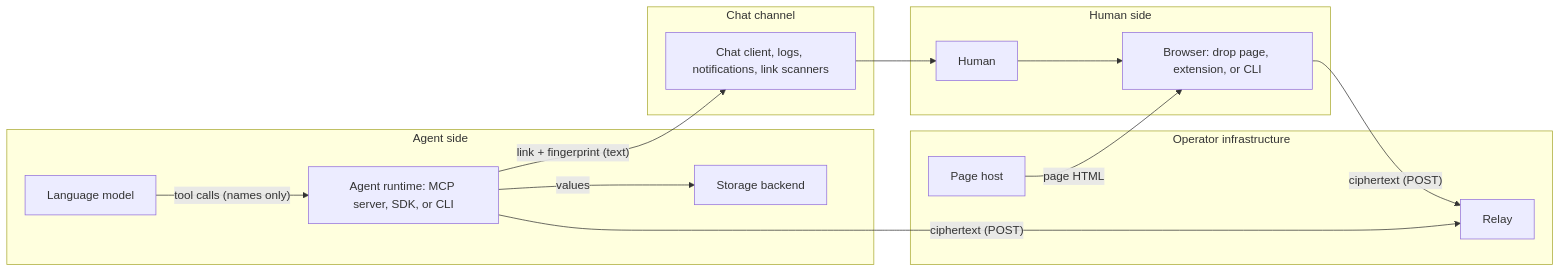
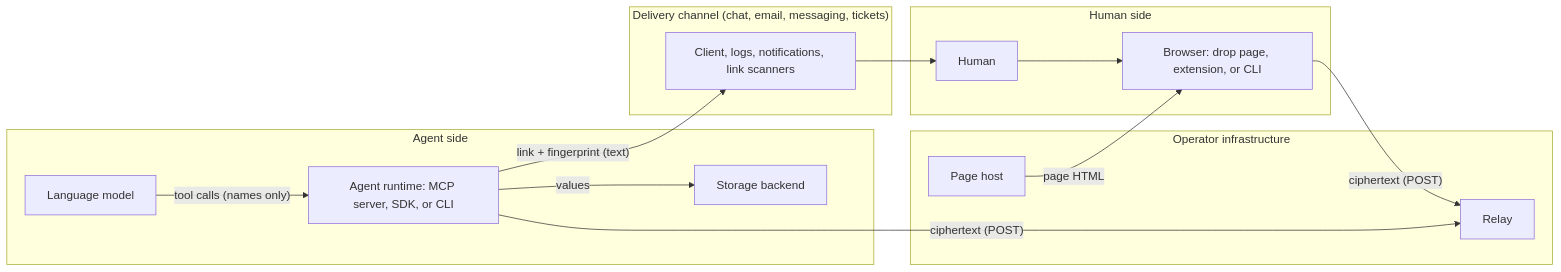
The diagram in docs/threat-model.md (xyluxx/burndrop), drawn with Mermaid before and after one commit. The commit also changed other lines of this file and 19 other files, not shown here.

````diff
--- a/docs/threat-model.md
+++ b/docs/threat-model.md
@@ -30,26 +30,26 @@
 ```mermaid
 flowchart LR
     subgraph HumanSide["Human side"]
         H[Human]
         B[Browser: drop page, extension, or CLI]
     end
-    subgraph Channel["Chat channel"]
-        C[Chat client, logs, notifications, link scanners]
+    subgraph Channel["Delivery channel (chat, email, messaging, tickets)"]
+        C[Client, logs, notifications, link scanners]
     end
     subgraph AgentSide["Agent side"]
         M[Language model]
         A[Agent runtime: MCP server, SDK, or CLI]
         S[Storage backend]
     end
     subgraph Operator["Operator infrastructure"]
         P[Page host]
         R[Relay]
     end
     A -- "link + fingerprint (text)" --> C --> H
     H --> B
     B -- "ciphertext (POST)" --> R
     A -- "ciphertext (POST)" --> R
     P -- "page HTML" --> B
     M -- "tool calls (names only)" --> A
     A -- "values" --> S
 ```
````
